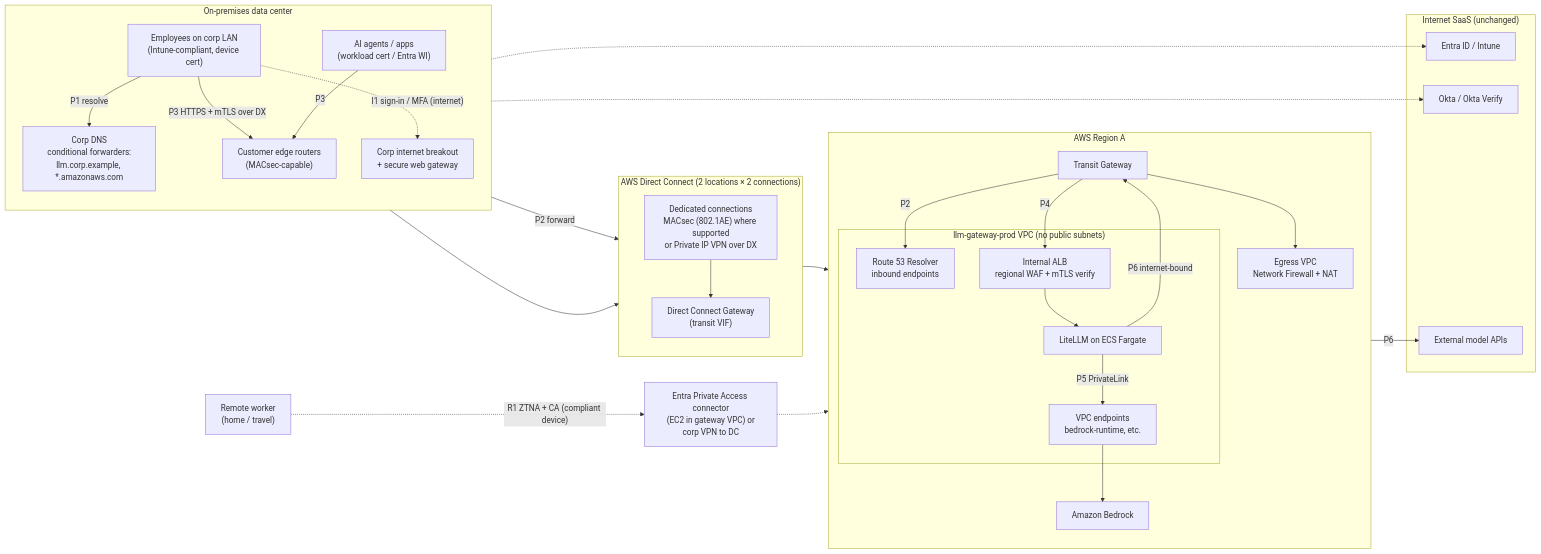
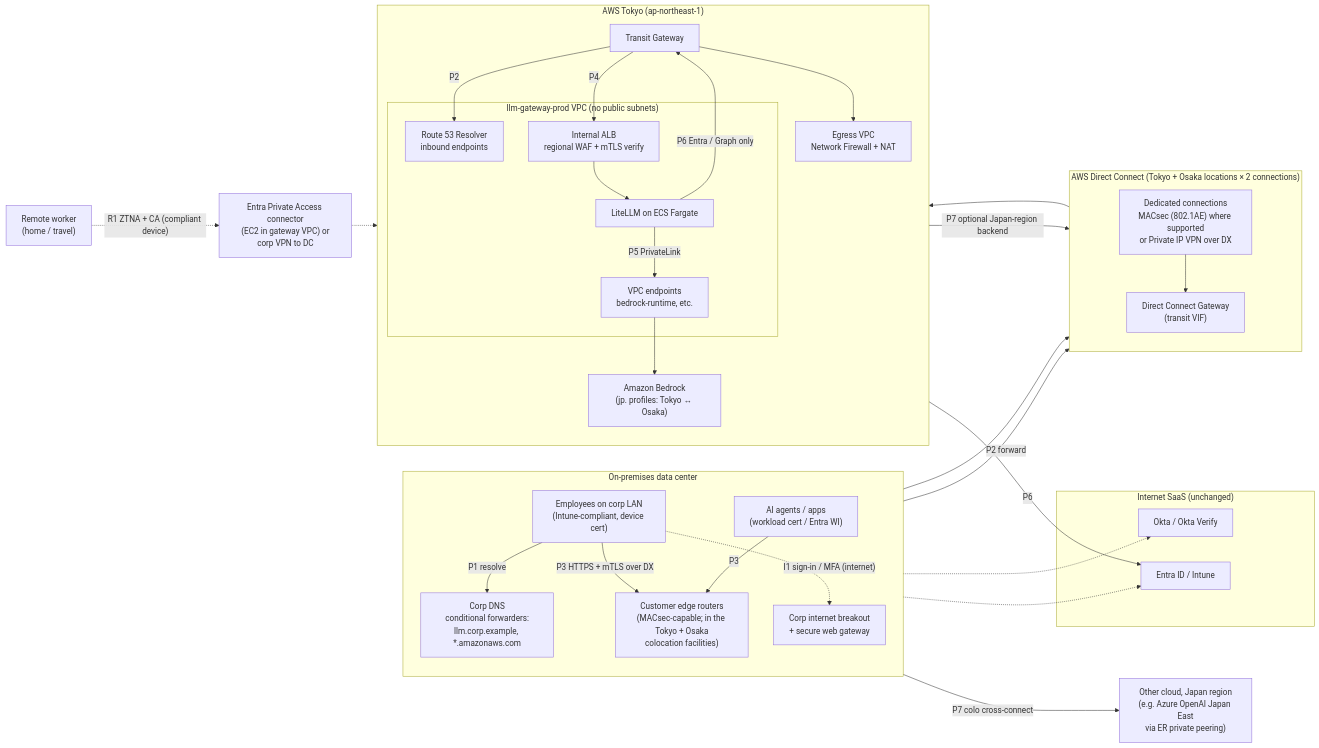
Before and after one commit to minddrop/llm-gateway-comparison: the first of 5 diagrams in docs/en/07-private-connectivity.md, drawn with Mermaid. The commit also changed other lines of this file and 18 other files, not shown here.

First line of the commit message:
Narrow designs to Japan data residency and add private-line costs

````diff
--- a/docs/en/07-private-connectivity.md
+++ b/docs/en/07-private-connectivity.md
@@ -21,56 +21,58 @@
 ```mermaid
 flowchart LR
     subgraph ONP["On-premises data center"]
         direction TB
         UOP["Employees on corp LAN<br/>(Intune-compliant, device cert)"]
         AGOP["AI agents / apps<br/>(workload cert / Entra WI)"]
         ODNS["Corp DNS<br/>conditional forwarders:<br/>llm.corp.example, *.amazonaws.com"]
-        CER["Customer edge routers<br/>(MACsec-capable)"]
+        CER["Customer edge routers<br/>(MACsec-capable; in the Tokyo + Osaka<br/>colocation facilities)"]
         INET["Corp internet breakout<br/>+ secure web gateway"]
     end
 
-    subgraph DX["AWS Direct Connect (2 locations × 2 connections)"]
+    subgraph DX["AWS Direct Connect (Tokyo + Osaka locations × 2 connections)"]
         direction TB
         DXC["Dedicated connections<br/>MACsec (802.1AE) where supported<br/>or Private IP VPN over DX"]
         DXGW["Direct Connect Gateway<br/>(transit VIF)"]
     end
 
-    subgraph AWS["AWS Region A"]
+    subgraph AWS["AWS Tokyo (ap-northeast-1)"]
         direction TB
         TGW["Transit Gateway"]
         subgraph VPC["llm-gateway-prod VPC (no public subnets)"]
             R53IN["Route 53 Resolver<br/>inbound endpoints"]
             IALB["Internal ALB<br/>regional WAF + mTLS verify"]
             ECS["LiteLLM on ECS Fargate"]
             VPCE["VPC endpoints<br/>bedrock-runtime, etc."]
         end
         EGR["Egress VPC<br/>Network Firewall + NAT"]
-        BR["Amazon Bedrock"]
+        BR["Amazon Bedrock<br/>(jp. profiles: Tokyo ↔ Osaka)"]
     end
 
     subgraph SAAS["Internet SaaS (unchanged)"]
         ENTRA["Entra ID / Intune"]
         OKTA["Okta / Okta Verify"]
-        EXT["External model APIs"]
     end
 
+    XC["Other cloud, Japan region<br/>(e.g. Azure OpenAI Japan East<br/>via ER private peering)"]
     REM["Remote worker<br/>(home / travel)"]
     ZTNA["Entra Private Access connector<br/>(EC2 in gateway VPC) or<br/>corp VPN to DC"]
 
     UOP -->|"P1 resolve"| ODNS
     ODNS -->|"P2 forward"| DXC
     DXC --> DXGW --> TGW
     TGW -->|"P2"| R53IN
     UOP -->|"P3 HTTPS + mTLS over DX"| CER
     AGOP -->|"P3"| CER
     CER --> DXC
     TGW -->|"P4"| IALB --> ECS
     ECS -->|"P5 PrivateLink"| VPCE --> BR
-    ECS -->|"P6 internet-bound"| TGW
-    TGW --> EGR -->|"P6"| EXT
+    ECS -->|"P6 Entra / Graph only"| TGW
+    TGW --> EGR -->|"P6"| ENTRA
+    TGW -->|"P7 optional Japan-region backend"| DXGW
+    CER -->|"P7 colo cross-connect"| XC
     UOP -.->|"I1 sign-in / MFA (internet)"| INET
     INET -.-> ENTRA
     INET -.-> OKTA
     REM -.->|"R1 ZTNA + CA (compliant device)"| ZTNA
     ZTNA -.-> IALB
 ```
````
